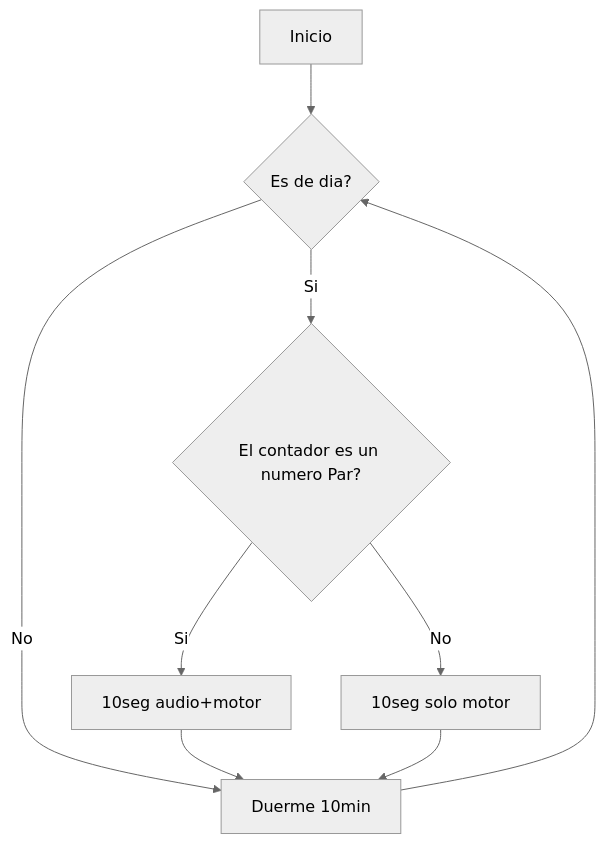
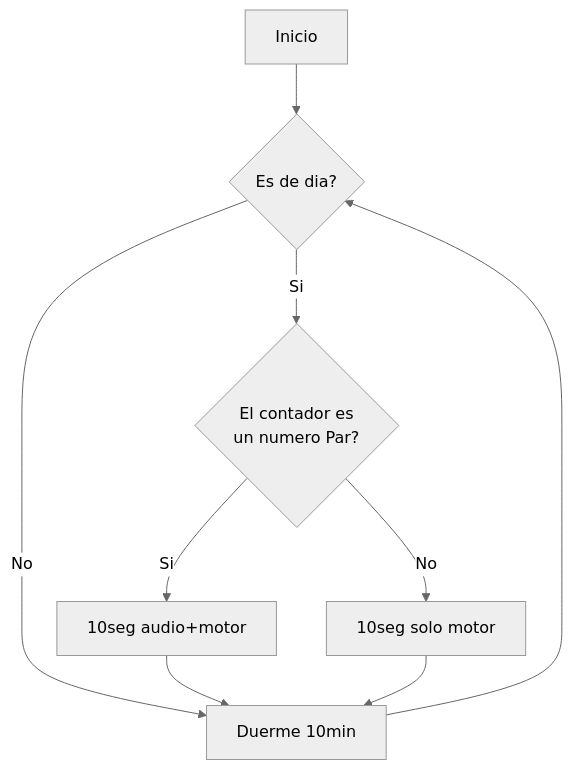
The diagram in README.md (buho29/solar-scarecrow), drawn with Mermaid (neutral theme) before and after one commit. The commit also changed other lines of this file, not shown here.

````diff
--- a/README.md
+++ b/README.md
@@ -53,11 +62,11 @@
 ```mermaid
 flowchart  TD  
  A[Inicio]  -->  B{Es de dia?}  
  B  -- No --> C[Duerme 10min]  
- B  -- Si --> E{El contador es un numero Par?}
+ B  -- Si --> E{El contador es <br> un numero Par?}
  E -- Si --> F[10seg audio+motor]
  E -- No --> G[10seg solo motor]
  F --> C
  G --> C
  C --> B
 ```
````
